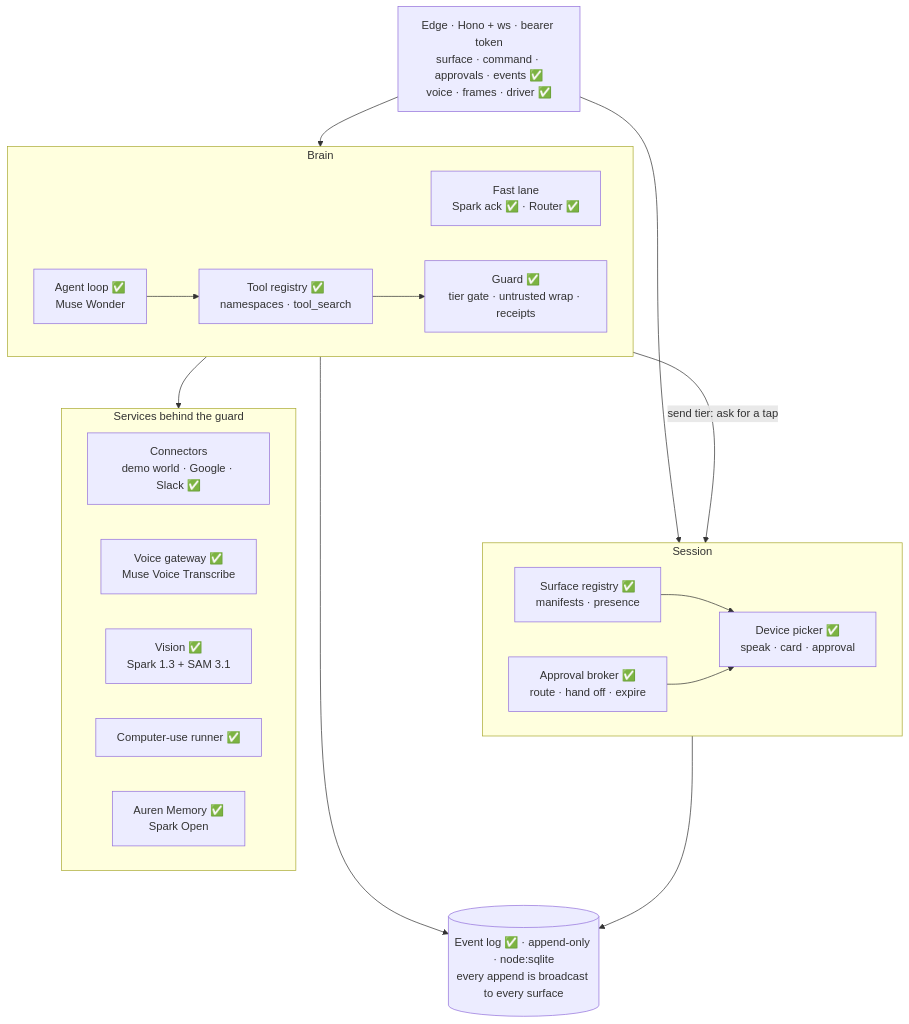
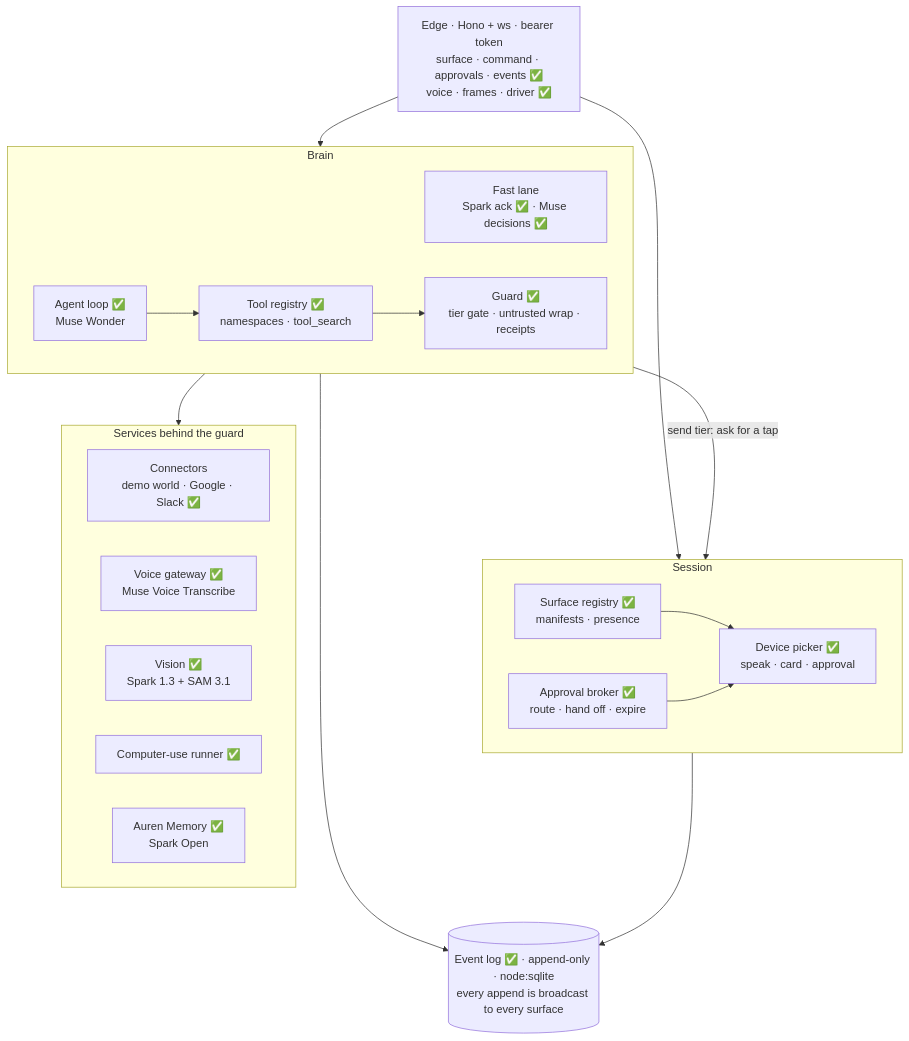
One commit to sandeepvijayarao09/auren changed the second of 10 diagrams in ARCHITECTURE.md. Above: the diagram before and after it, drawn with Mermaid. The commit also changed other lines of this file and 7 other files, not shown here.

First line of the commit message:
Lead with privacy and Muse's decisions; replay the day with its taps

````diff
--- a/ARCHITECTURE.md
+++ b/ARCHITECTURE.md
@@ -119,35 +119,35 @@
 ```mermaid
 flowchart TB
   EDGE["Edge · Hono + ws · bearer token<br/>surface · command · approvals · events ✅<br/>voice · frames · driver ✅"]
   subgraph BRAIN["Brain"]
     direction LR
-    FST["Fast lane<br/>Spark ack ✅ · Router ✅"]
+    FST["Fast lane<br/>Spark ack ✅ · Muse decisions ✅"]
     LOOP["Agent loop ✅<br/>Muse Wonder"]
     TRG["Tool registry ✅<br/>namespaces · tool_search"]
     GRD["Guard ✅<br/>tier gate · untrusted wrap · receipts"]
     LOOP --> TRG --> GRD
   end
   subgraph SES["Session"]
     direction LR
     REG["Surface registry ✅<br/>manifests · presence"]
     APB["Approval broker ✅<br/>route · hand off · expire"]
     ORT["Device picker ✅<br/>speak · card · approval"]
     REG --> ORT
     APB --> ORT
   end
   subgraph SVC["Services behind the guard"]
     direction LR
     CON["Connectors<br/>demo world · Google · Slack ✅"]
     VG["Voice gateway ✅<br/>Muse Voice Transcribe"]
     VIS["Vision ✅<br/>Spark 1.3 + SAM 3.1"]
     CUR["Computer-use runner ✅"]
     MEM["Auren Memory ✅<br/>Spark Open"]
   end
   LOG[("Event log ✅ · append-only · node:sqlite<br/>every append is broadcast to every surface")]
   EDGE --> BRAIN
   EDGE --> SES
   BRAIN -->|"send tier: ask for a tap"| SES
   BRAIN --> SVC
   BRAIN --> LOG
   SES --> LOG
 ```
````
